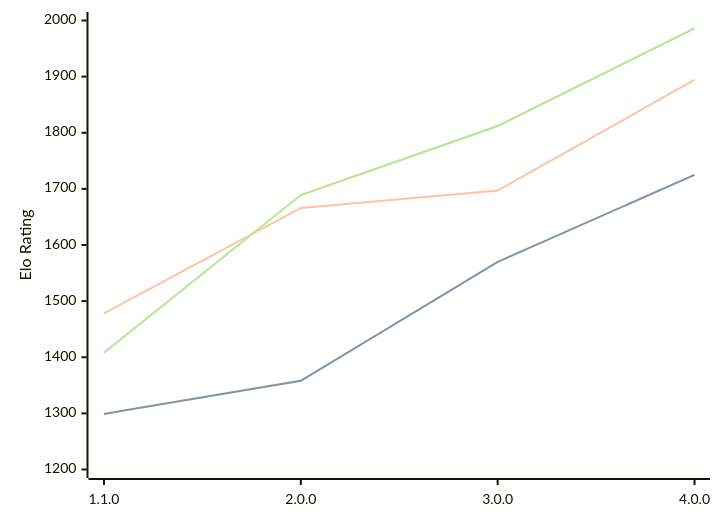
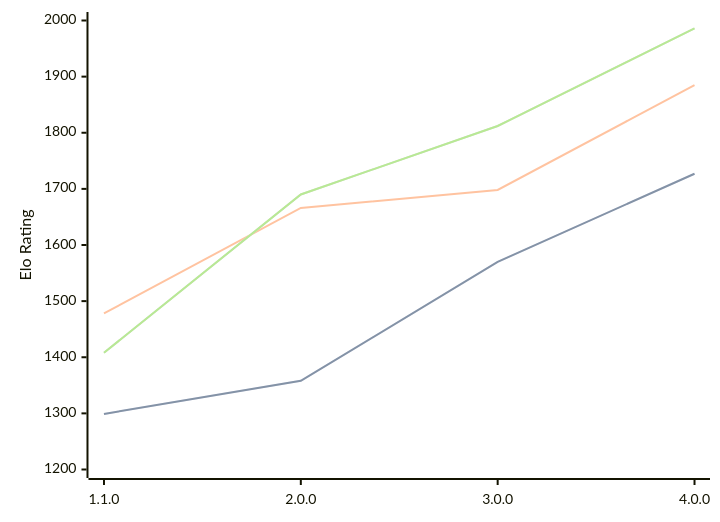
The diagram in engines/Laura.md (computer-chess-index/cci), drawn with Mermaid before and after one commit. The commit also changed other lines of this file, not shown here.

Commit message:
Update CCI Ratings (ELO VLTC) - 2026-09-15

````diff
--- a/engines/Laura.md
+++ b/engines/Laura.md
@@ -34,11 +34,11 @@
 ```mermaid
 %%{init: {"theme":"base","themeVariables":{"seriesColors:['#a3a3a3','#222221','#faa371']}}}%%
 xychart-beta
   x-axis ["1.1.0", "2.0.0", "3.0.0", "4.0.0"]
   y-axis "Elo Rating" 1200 --> 2000
-  line "" [1299, 1358, 1570, 1725]
-  line "STC (8.0+0.08s)" [1299, 1358, 1570, 1725]
-  line "LTC (60.0+0.60s)" [1478, 1666, 1697, 1894]
-  line "" [1408, 1689, 1812, 1986]
-  line "VLTC (2m24s+1.12s)" [1408, 1689, 1812, 1986]
+  line "" [1299, 1358, 1570, 1727]
+  line "STC (8.0+0.08s)" [1299, 1358, 1570, 1727]
+  line "LTC (60.0+0.60s)" [1478, 1666, 1698, 1885]
+  line "" [1408, 1690, 1812, 1986]
+  line "VLTC (2m24s+1.12s)" [1408, 1690, 1812, 1986]
 ```
````
